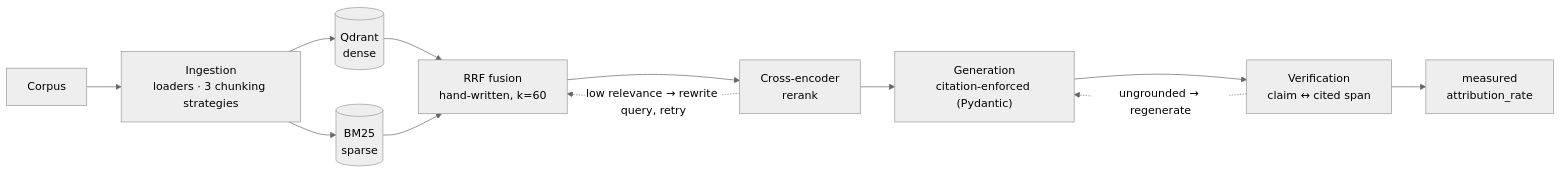
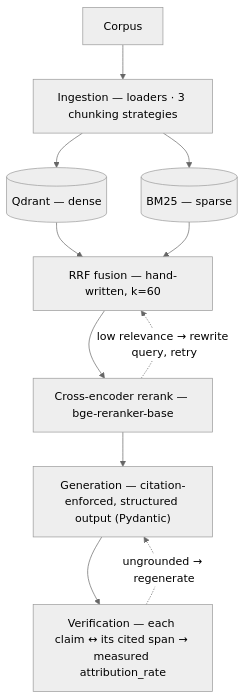
One commit to anbsamsam17/hybrid-rag-pipeline changed the diagram in README.md. Above: the diagram before and after it, drawn with Mermaid (neutral theme).

Commit message:
Make the architecture diagram vertical so it stays legible at GitHub's render width

````diff
--- a/README.md
+++ b/README.md
@@ -201,14 +201,13 @@
 ```mermaid
-flowchart LR
-    C["Corpus"] --> I["Ingestion<br/>loaders · 3 chunking strategies"]
-    I --> D[("Qdrant<br/>dense")]
-    I --> S[("BM25<br/>sparse")]
-    D --> F["RRF fusion<br/>hand-written, k=60"]
+flowchart TD
+    C["Corpus"] --> I["Ingestion — loaders · 3 chunking strategies"]
+    I --> D[("Qdrant — dense")]
+    I --> S[("BM25 — sparse")]
+    D --> F["RRF fusion — hand-written, k=60"]
     S --> F
-    F --> R["Cross-encoder<br/>rerank"]
-    R --> G["Generation<br/>citation-enforced (Pydantic)"]
-    G --> V["Verification<br/>claim ↔ cited span"]
-    V --> M["measured<br/>attribution_rate"]
+    F --> R["Cross-encoder rerank — bge-reranker-base"]
+    R --> G["Generation — citation-enforced, structured output (Pydantic)"]
+    G --> V["Verification — each claim ↔ its cited span → measured attribution_rate"]
     R -. "low relevance → rewrite query, retry" .-> F
     V -. "ungrounded → regenerate" .-> G
 ```
````
